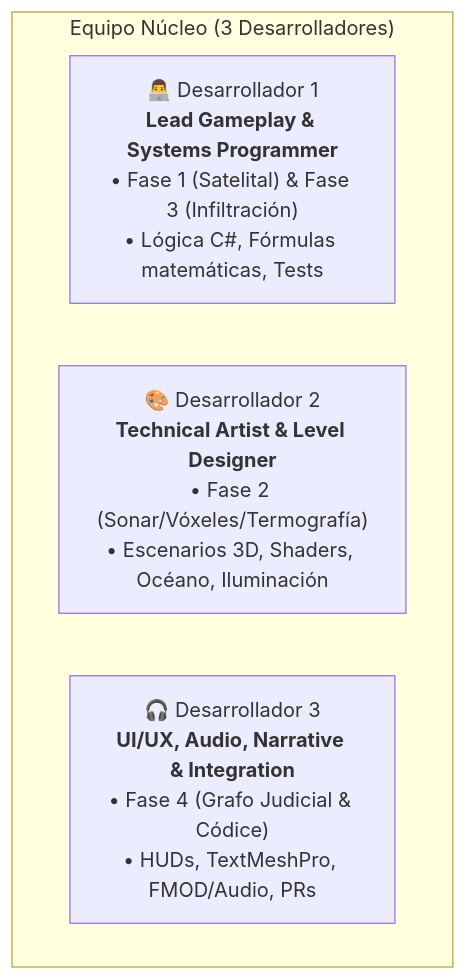
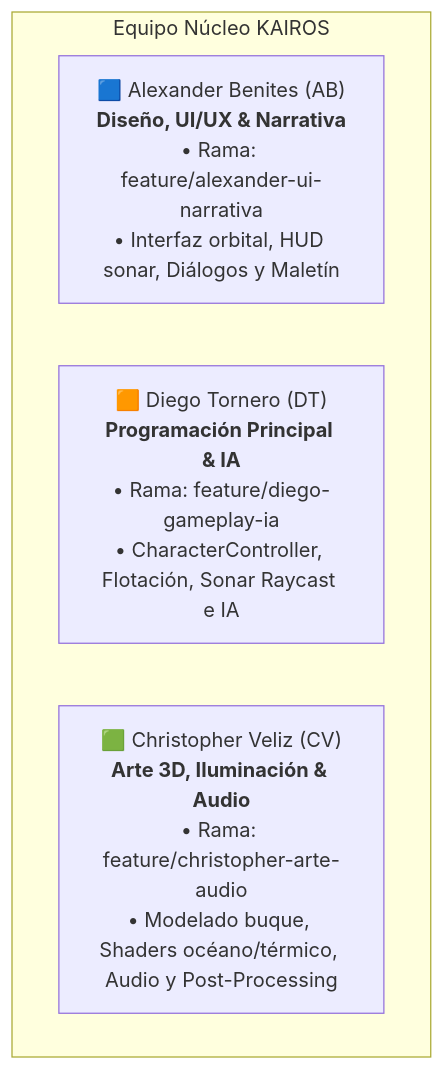
One commit to Efustion23/Kairos_Videojuego changed the first of 2 diagrams in docs/ROLES_Y_GUIA_DE_TRABAJO.md. Above: the diagram before and after it, drawn with Mermaid. The commit also changed other lines of this file and 8 other files, not shown here.

````diff
--- a/docs/ROLES_Y_GUIA_DE_TRABAJO.md
+++ b/docs/ROLES_Y_GUIA_DE_TRABAJO.md
@@ -12,8 +20,8 @@
 ```mermaid
 graph TD
-    subgraph "Equipo Núcleo (3 Desarrolladores)"
-        P1["👨‍💻 Desarrollador 1<br/><b>Lead Gameplay & Systems Programmer</b><br/>• Fase 1 (Satelital) & Fase 3 (Infiltración)<br/>• Lógica C#, Fórmulas matemáticas, Tests"]
-        P2["🎨 Desarrollador 2<br/><b>Technical Artist & Level Designer</b><br/>• Fase 2 (Sonar/Vóxeles/Termografía)<br/>• Escenarios 3D, Shaders, Océano, Iluminación"]
-        P3["🎧 Desarrollador 3<br/><b>UI/UX, Audio, Narrative & Integration</b><br/>• Fase 4 (Grafo Judicial & Códice)<br/>• HUDs, TextMeshPro, FMOD/Audio, PRs"]
+    subgraph "Equipo Núcleo KAIROS"
+        AB["🟦 Alexander Benites (AB)<br/><b>Diseño, UI/UX & Narrativa</b><br/>• Rama: feature/alexander-ui-narrativa<br/>• Interfaz orbital, HUD sonar, Diálogos y Maletín"]
+        DT["🟧 Diego Tornero (DT)<br/><b>Programación Principal & IA</b><br/>• Rama: feature/diego-gameplay-ia<br/>• CharacterController, Flotación, Sonar Raycast e IA"]
+        CV["🟩 Christopher Veliz (CV)<br/><b>Arte 3D, Iluminación & Audio</b><br/>• Rama: feature/christopher-arte-audio<br/>• Modelado buque, Shaders océano/térmico, Audio y Post-Processing"]
     end
 ```
````
